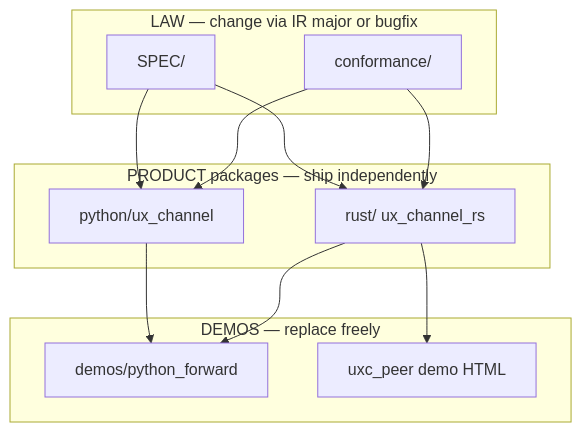
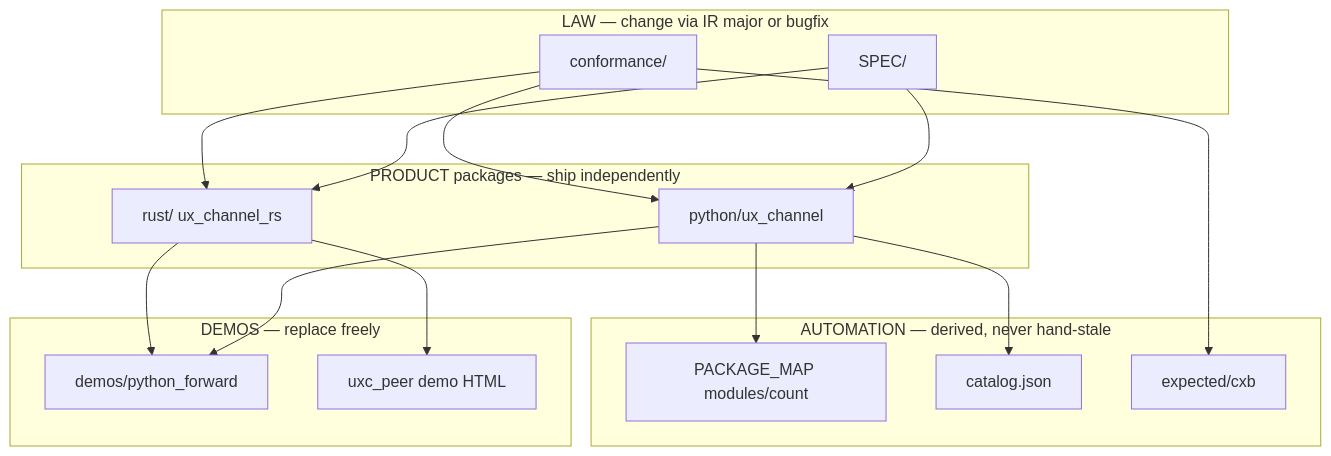
The diagram in ARCHITECTURE.md (bitplorer/ux-channel), drawn with Mermaid before and after one commit. The commit also changed other lines of this file and 19 other files, not shown here.

First line of the commit message:
Automation-first layout: derived map/catalog, freshness gates, no dead paths

````diff
--- a/ARCHITECTURE.md
+++ b/ARCHITECTURE.md
@@ -48,22 +50,30 @@
 ```mermaid
 flowchart TB
   subgraph LAW["LAW — change via IR major or bugfix"]
     SPEC[SPEC/]
     CONF[conformance/]
   end
   subgraph PROD["PRODUCT packages — ship independently"]
     PY[python/ux_channel]
     RS[rust/ ux_channel_rs]
   end
   subgraph DEMO["DEMOS — replace freely"]
     PF[demos/python_forward]
     UI[uxc_peer demo HTML]
   end
+  subgraph AUTO["AUTOMATION — derived, never hand-stale"]
+    MAP[PACKAGE_MAP modules/count]
+    CAT[catalog.json]
+    CXB[expected/cxb]
+  end
   SPEC --> PY
   SPEC --> RS
   CONF --> PY
   CONF --> RS
   PY --> PF
   RS --> PF
   RS --> UI
+  PY --> MAP
+  PY --> CAT
+  CONF --> CXB
 ```
````
